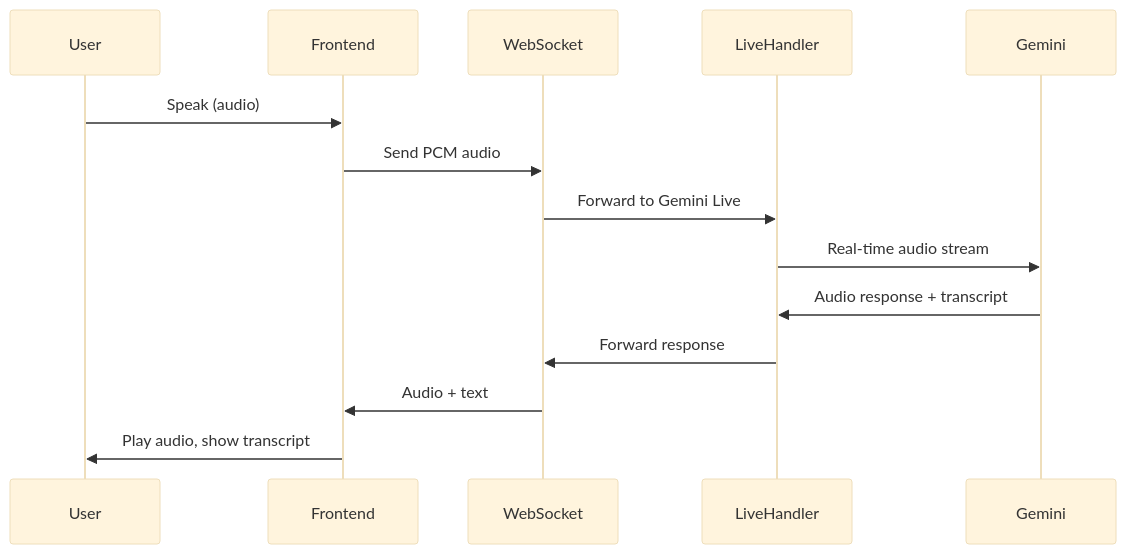
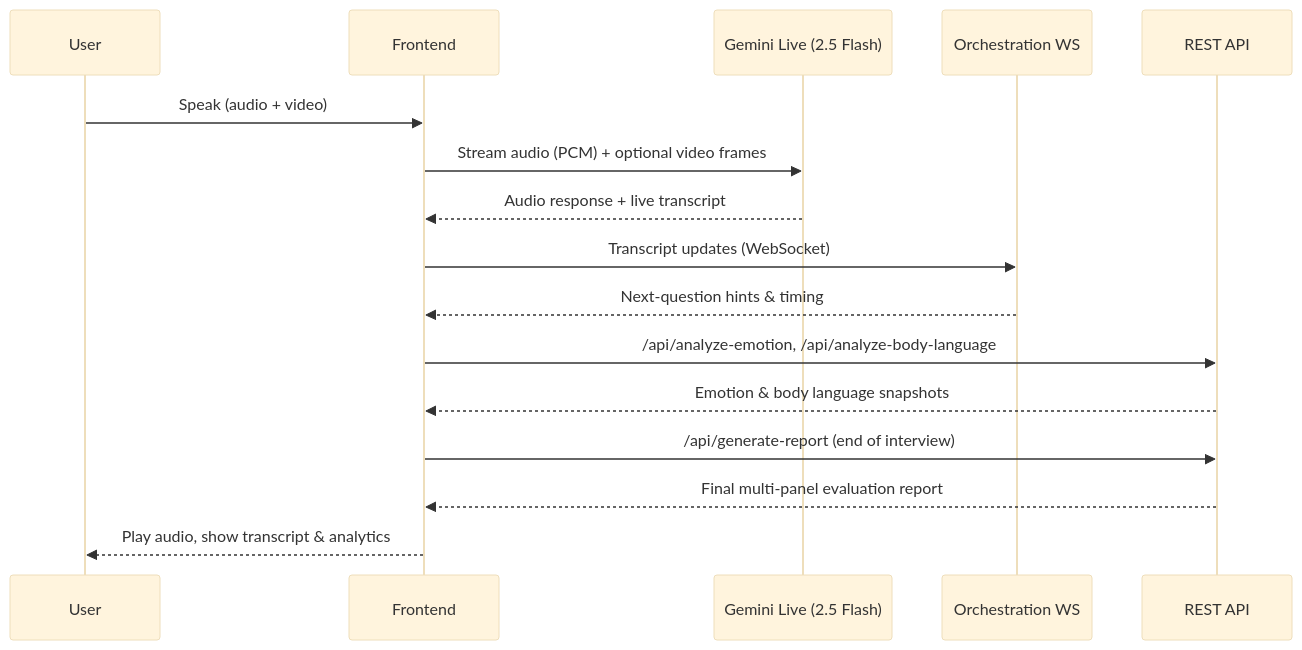
One commit to himavarshithreddy/InterviewOS changed the third of 5 diagrams in README.md. Above: the diagram before and after it, drawn with Mermaid (base theme). The commit also changed other lines of this file, not shown here.

Commit message:
chore: update README with version upgrades for TypeScript, React, and Node.js; enhance user flow and backend architecture diagrams; add new API endpoints for speech analysis and improve clarity in feature descriptions.

````diff
--- a/README.md
+++ b/README.md
@@ -95,17 +95,23 @@
 ```mermaid
 sequenceDiagram
     participant User
     participant Frontend
-    participant WebSocket
-    participant LiveHandler
-    participant Gemini
+    participant GeminiLive as Gemini Live (2.5 Flash)
+    participant Orchestrator as Orchestration WS
+    participant REST as REST API
 
-    User->>Frontend: Speak (audio)
-    Frontend->>WebSocket: Send PCM audio
-    WebSocket->>LiveHandler: Forward to Gemini Live
-    LiveHandler->>Gemini: Real-time audio stream
-    Gemini->>LiveHandler: Audio response + transcript
-    LiveHandler->>WebSocket: Forward response
-    WebSocket->>Frontend: Audio + text
-    Frontend->>User: Play audio, show transcript
+    User->>Frontend: Speak (audio + video)
+    Frontend->>GeminiLive: Stream audio (PCM) + optional video frames
+    GeminiLive-->>Frontend: Audio response + live transcript
+
+    Frontend->>Orchestrator: Transcript updates (WebSocket)
+    Orchestrator-->>Frontend: Next-question hints & timing
+
+    Frontend->>REST: /api/analyze-emotion, /api/analyze-body-language
+    REST-->>Frontend: Emotion & body language snapshots
+
+    Frontend->>REST: /api/generate-report (end of interview)
+    REST-->>Frontend: Final multi-panel evaluation report
+
+    Frontend-->>User: Play audio, show transcript & analytics
 ```
````
